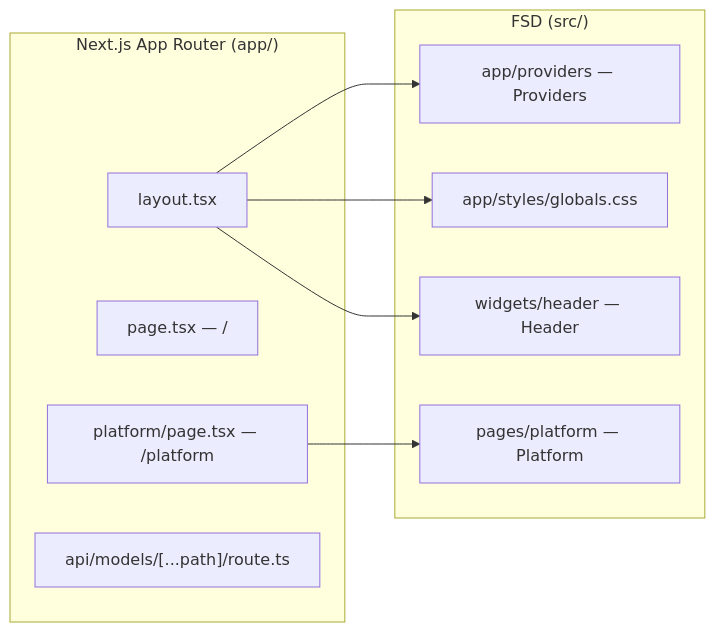
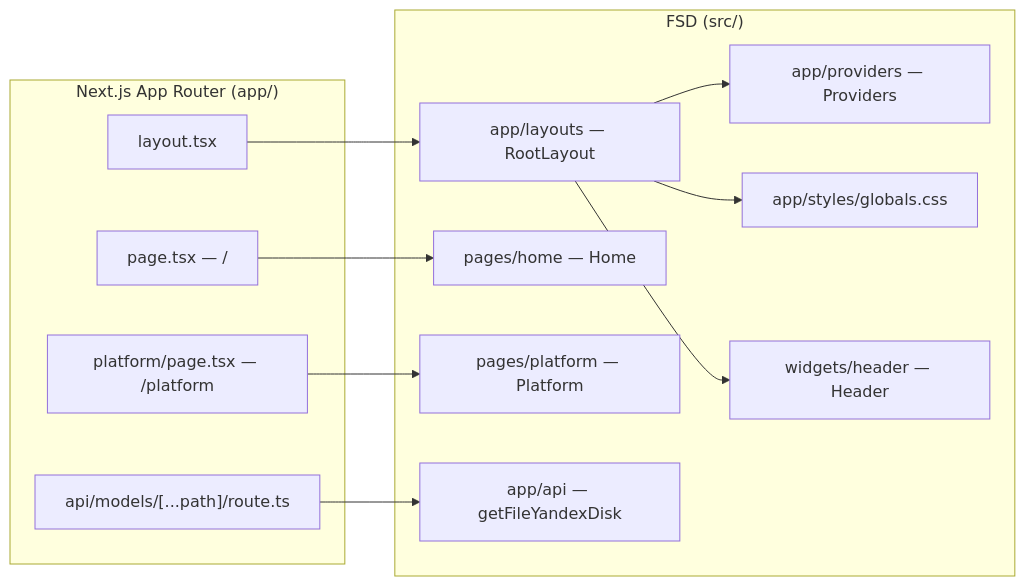
One commit to Nikita-Ardashev/dnd-frontend changed the first of 2 diagrams in docs/10-routing-and-layout.md. Above: the diagram before and after it, drawn with Mermaid. The commit also changed other lines of this file and 27 other files, not shown here.

````diff
--- a/docs/10-routing-and-layout.md
+++ b/docs/10-routing-and-layout.md
@@ -14,21 +14,27 @@
 ```mermaid
 graph LR
     subgraph "Next.js App Router (app/)"
         L["layout.tsx"]
         P1["page.tsx — /"]
         P2["platform/page.tsx — /platform"]
         API["api/models/[...path]/route.ts"]
     end
 
     subgraph "FSD (src/)"
+        RL["app/layouts — RootLayout"]
         PROV["app/providers — Providers"]
         STY["app/styles/globals.css"]
         HDR["widgets/header — Header"]
+        HOME["pages/home — Home"]
         PLAT["pages/platform — Platform"]
+        YD["app/api — getFileYandexDisk"]
     end
 
-    L --> PROV
-    L --> STY
-    L --> HDR
+    L --> RL
+    RL --> PROV
+    RL --> STY
+    RL --> HDR
+    P1 --> HOME
     P2 --> PLAT
+    API --> YD
 ```
````
